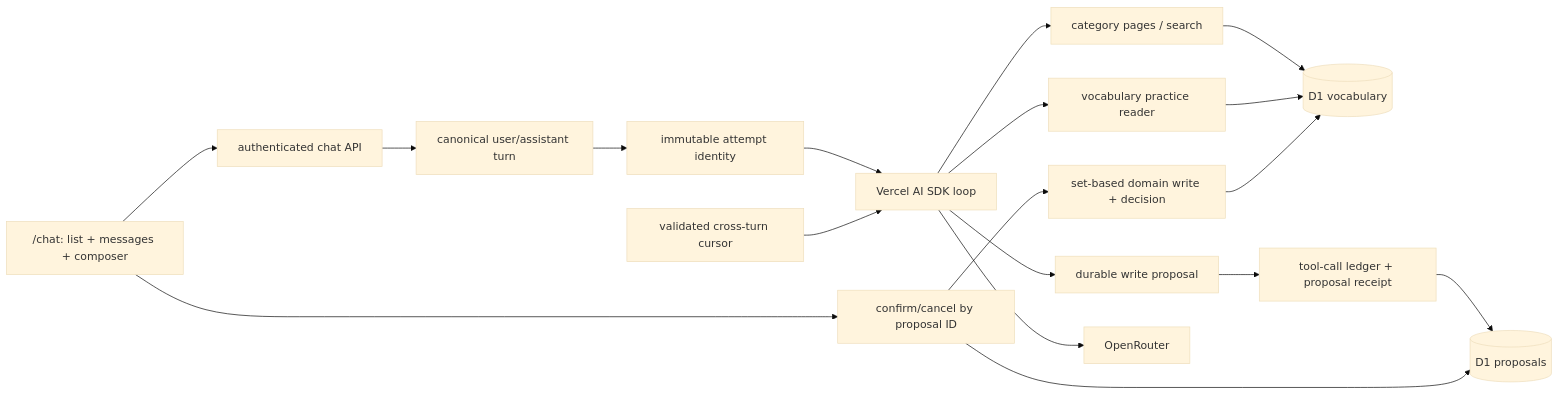
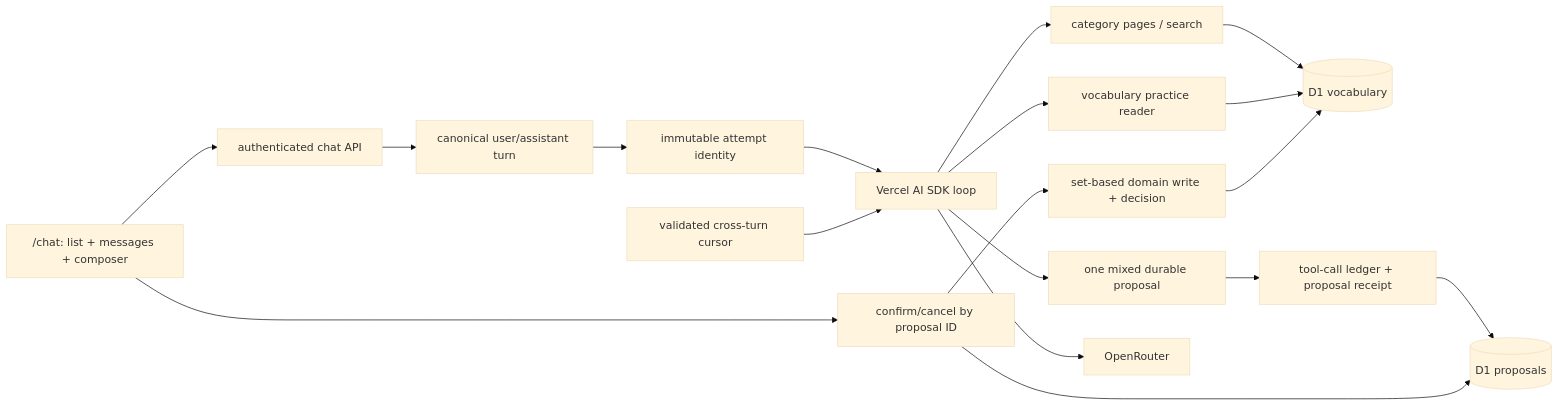
The diagram in docs/ai/design/2026-08-29-feature-ai-vocabulary-practice-chat.md (koreyba/ListenToLearn), drawn with Mermaid (base theme) before and after one commit. The commit also changed other lines of this file and 51 other files, not shown here.

````diff
--- a/docs/ai/design/2026-08-29-feature-ai-vocabulary-practice-chat.md
+++ b/docs/ai/design/2026-08-29-feature-ai-vocabulary-practice-chat.md
@@ -15,20 +15,20 @@
 ```mermaid
 flowchart LR
   UI["/chat: list + messages + composer"] --> API["authenticated chat API"]
   API --> Turn["canonical user/assistant turn"]
   Turn --> Attempt["immutable attempt identity"]
   Attempt --> SDK["Vercel AI SDK loop"]
   SDK --> Read["category pages / search"]
   Continuation["validated cross-turn cursor"] --> SDK
   SDK --> Context["vocabulary practice reader"]
-  SDK --> Proposal["durable write proposal"]
+  SDK --> Proposal["one mixed durable proposal"]
   Read --> Vocabulary[(D1 vocabulary)]
   Context --> Vocabulary
   Proposal --> Ledger["tool-call ledger + proposal receipt"]
   Ledger --> ProposalStore[(D1 proposals)]
   UI --> Confirm["confirm/cancel by proposal ID"]
   Confirm --> ProposalStore
   Confirm --> Batch["set-based domain write + decision"]
   Batch --> Vocabulary
   SDK --> OpenRouter
 ```
````
